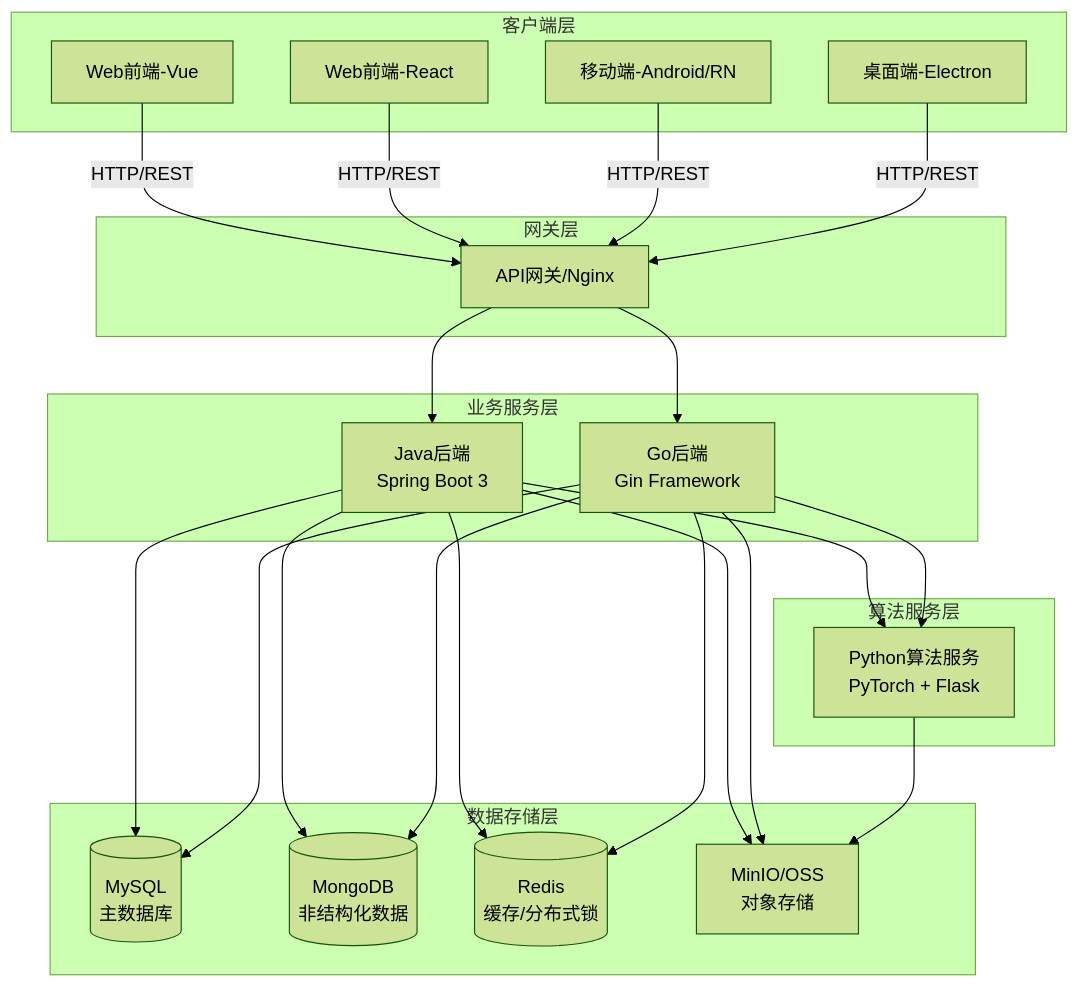
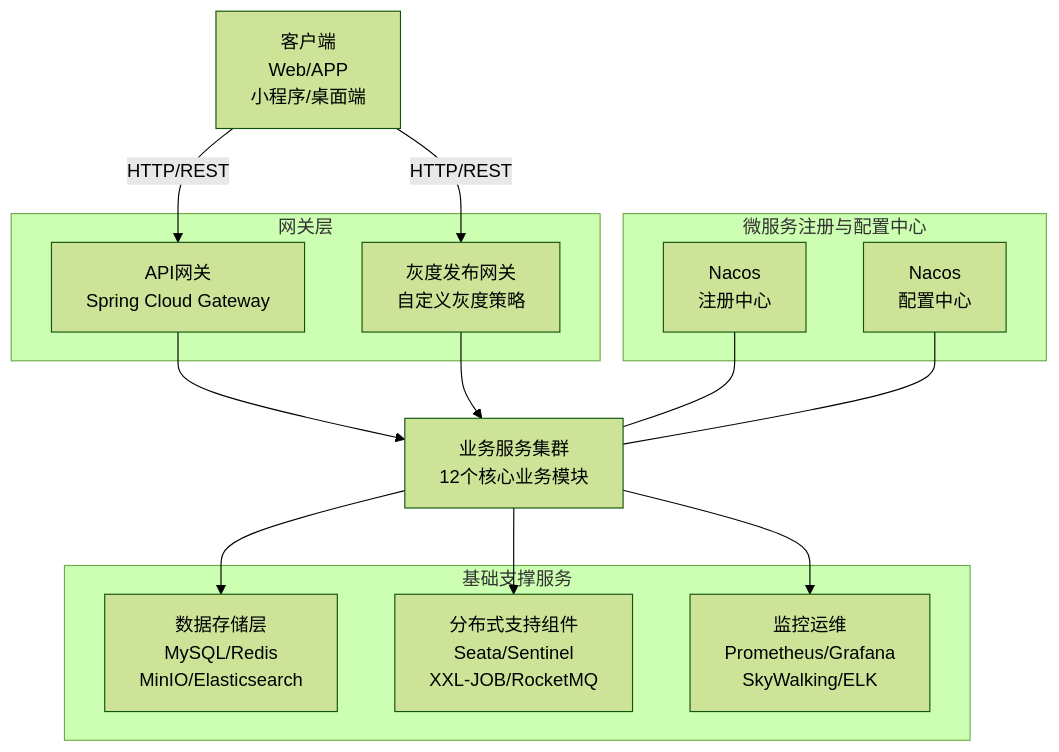
One commit to earthy-zinc/dehaze-system changed the first of 5 diagrams in dehaze-java-cloud-plus/README.md. Above: the diagram before and after it, drawn with Mermaid (forest theme). The commit also changed other lines of this file and 1 other file, not shown here.

First line of the commit message:
docs(readme): 更新项目架构图与技术栈说明

````diff
--- a/dehaze-java-cloud-plus/README.md
+++ b/dehaze-java-cloud-plus/README.md
@@ -40,35 +22,32 @@
 ```mermaid
 graph TB
-    subgraph 客户端层
-        A1[Web前端-Vue] 
-        A2[Web前端-React]
-        A3[移动端-Android/RN]
-        A4[桌面端-Electron]
+    A[客户端<br/>Web/APP<br/>小程序/桌面端]
+
+    subgraph 网关层
+        B1[API网关<br/>Spring Cloud Gateway]
+        B2[灰度发布网关<br/>自定义灰度策略]
     end
+
+    subgraph 微服务注册与配置中心
+        C1[Nacos<br/>注册中心]
+        C2[Nacos<br/>配置中心]
+    end
+
+    D[业务服务集群<br/>12个核心业务模块]
+
+    subgraph 基础支撑服务
+        E[数据存储层<br/>MySQL/Redis<br/>MinIO/Elasticsearch]
+        F[分布式支持组件<br/>Seata/Sentinel<br/>XXL-JOB/RocketMQ]
+        G[监控运维<br/>Prometheus/Grafana<br/>SkyWalking/ELK]
+    end
+
+    A -->|HTTP/REST| B1 & B2
+    B1 & B2 --> D
     
-    subgraph 网关层
-        B[API网关/Nginx]
-    end
+    C1 --- D
+    C2 --- D
     
-    subgraph 业务服务层
-        C1[Java后端<br/>Spring Boot 3]
-        C2[Go后端<br/>Gin Framework]
-    end
-    
-    subgraph 算法服务层
-        D[Python算法服务<br/>PyTorch + Flask]
-    end
-    
-    subgraph 数据存储层
-        E1[(MySQL<br/>主数据库)]
-        E2[(MongoDB<br/>非结构化数据)]
-        E3[(Redis<br/>缓存/分布式锁)]
-        E4[MinIO/OSS<br/>对象存储]
-    end
-    
-    A1 & A2 & A3 & A4 -->|HTTP/REST| B
-    B --> C1 & C2
-    C1 & C2 --> D
-    C1 & C2 --> E1 & E2 & E3 & E4
-    D --> E4
+    D --> E
+    D --> F
+    D --> G
 ```
````
